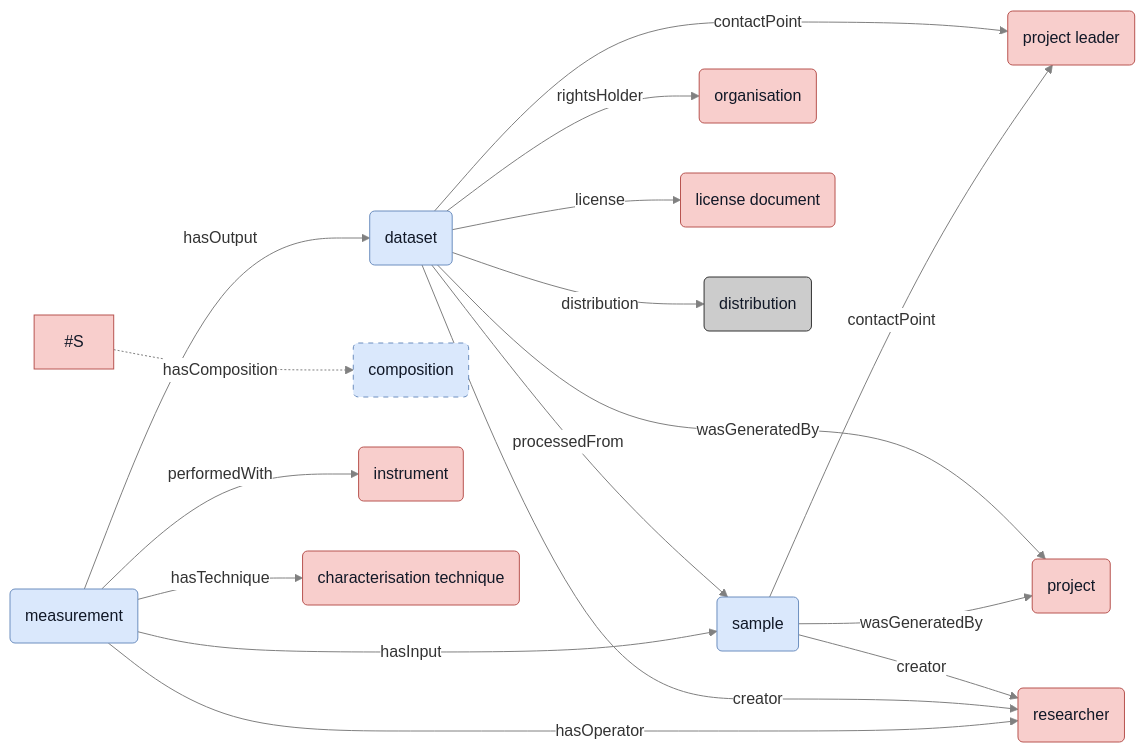
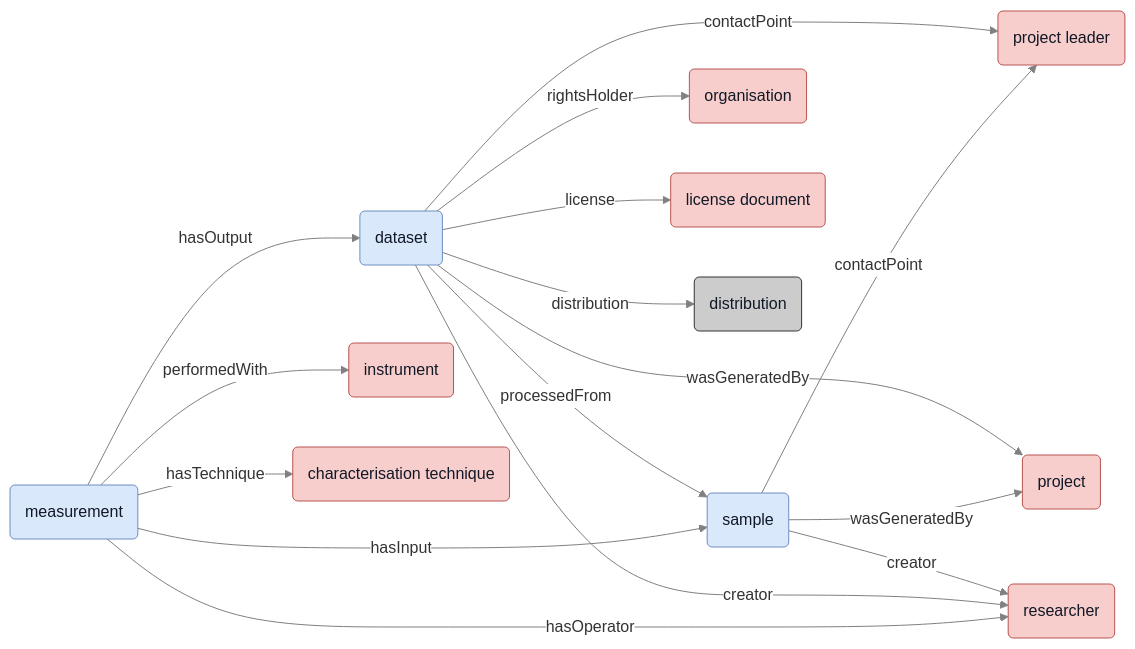
Before and after one commit to MaterialsCommons-Staging/GraphExplorer: the diagram in README.md, drawn with Mermaid.

Commit message:
Added comment

````diff
--- a/README.md
+++ b/README.md
@@ -9,32 +9,32 @@
 ```mermaid
 ---
 config:
   theme: base
   themeVariables:
     background: '#ffffff'
     edgeLabelBackground: '#ffffff'
     lineColor: '#808080'
 ---
 flowchart LR
   classDef default fill:#f8cecc,stroke:#b85450,color:#111827;
   classDef blueBox fill:#dae8fc,stroke:#6c8ebf,color:#111827;
   classDef lightBlueBox fill:#dae8fc,stroke:#6c8ebf,color:#111827,stroke-dasharray: 5 5;
   classDef grayBox fill:#ccc,stroke:#333,color:#111827;
 
   D(dataset):::blueBox -- contactPoint --> CP("project leader")
   D -- wasGeneratedBy --> PR("project")
   S(sample):::blueBox -- contactPoint --> CP
   S -- wasGeneratedBy --> PR
-  #S -. hasComposition .-> C("composition"):::lightBlueBox
+  %%S -. hasComposition .-> C("composition"):::lightBlueBox
   S -- creator --> ST("researcher")
   D -- rightsHolder --> RH("organisation")
   D -- license --> LD("license document")
   D -- creator --> ST
   D -- processedFrom --> S
   D -- distribution --> DI(distribution):::grayBox
   M(measurement):::blueBox -- hasInput --> S
   M -- hasOutput --> D
   M -- performedWith --> EQ("instrument")
   M -- hasOperator --> ST
   M -- hasTechnique --> TC("characterisation technique")
 ```
````
